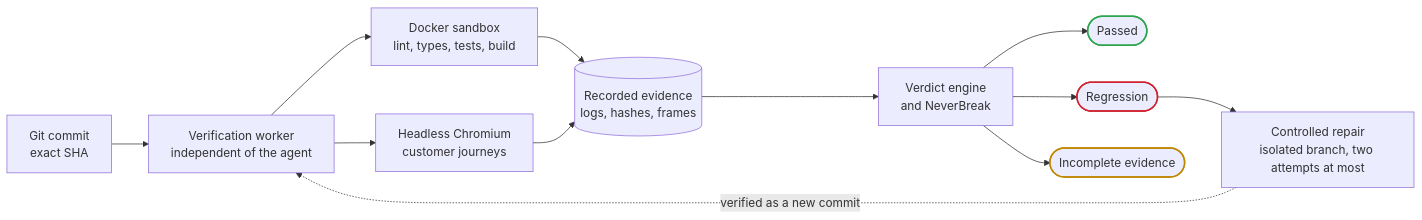
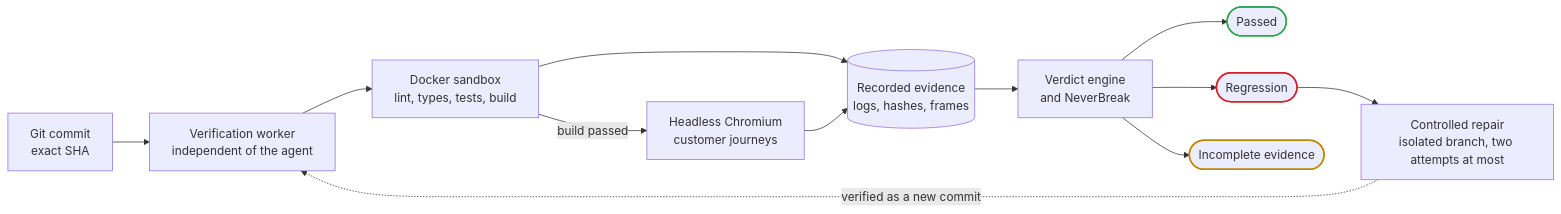
One commit to rashmi09-sys/prooflayer changed the third of 3 diagrams in README.md. Above: the diagram before and after it, drawn with Mermaid. The commit also changed other lines of this file, not shown here.

Commit message:
Refine two README diagrams
A regression is a risk, not a certainty: the unchecked path now says an
existing flow can break. The architecture diagram shows the Chromium
journeys running after a passing build, not alongside the Docker checks.

````diff
--- a/README.md
+++ b/README.md
@@ -86,20 +86,20 @@
 ```mermaid
 flowchart LR
   C["Git commit<br/>exact SHA"] --> W["Verification worker<br/>independent of the agent"]
   W --> D["Docker sandbox<br/>lint, types, tests, build"]
-  W --> B["Headless Chromium<br/>customer journeys"]
+  D -- "build passed" --> B["Headless Chromium<br/>customer journeys"]
   D --> E[("Recorded evidence<br/>logs, hashes, frames")]
   B --> E
   E --> V["Verdict engine<br/>and NeverBreak"]
   V --> P(["Passed"])
   V --> R(["Regression"])
   V --> I(["Incomplete evidence"])
   R --> F["Controlled repair<br/>isolated branch, two attempts at most"]
   F -. "verified as a new commit" .-> W
   classDef good stroke:#2da44e,stroke-width:2px
   classDef bad stroke:#cf222e,stroke-width:2px
   classDef warn stroke:#bf8700,stroke-width:2px
   class P good
   class R bad
   class I warn
 ```
````
